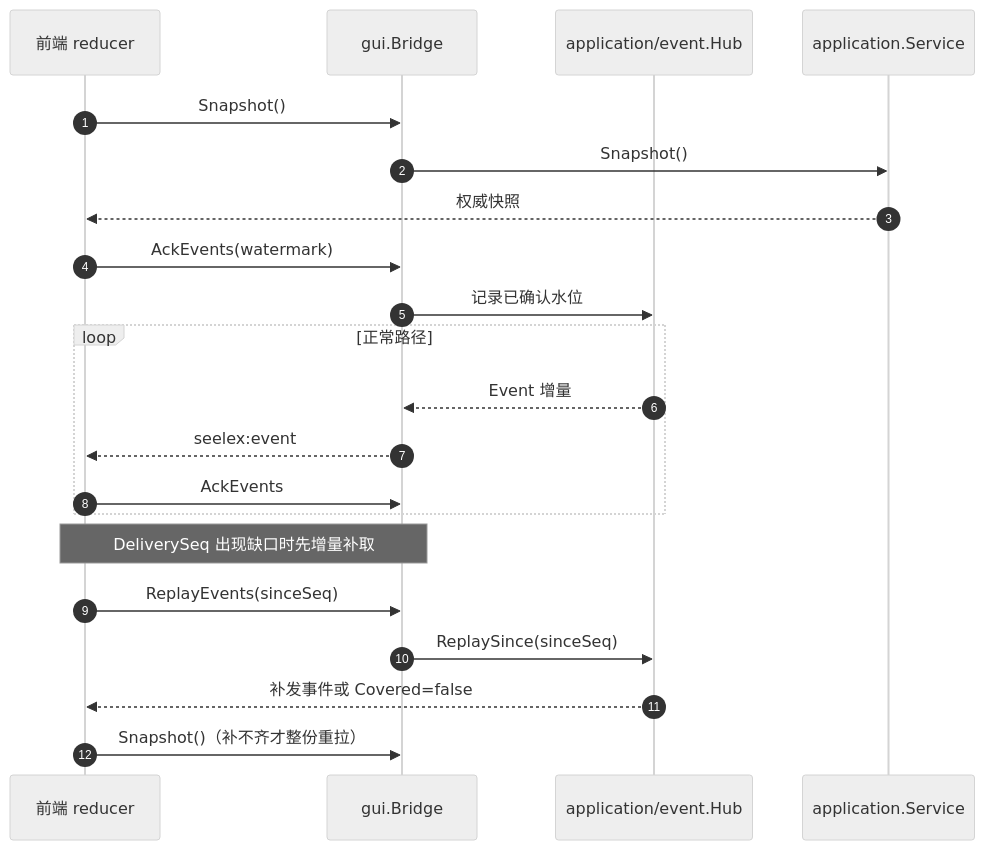
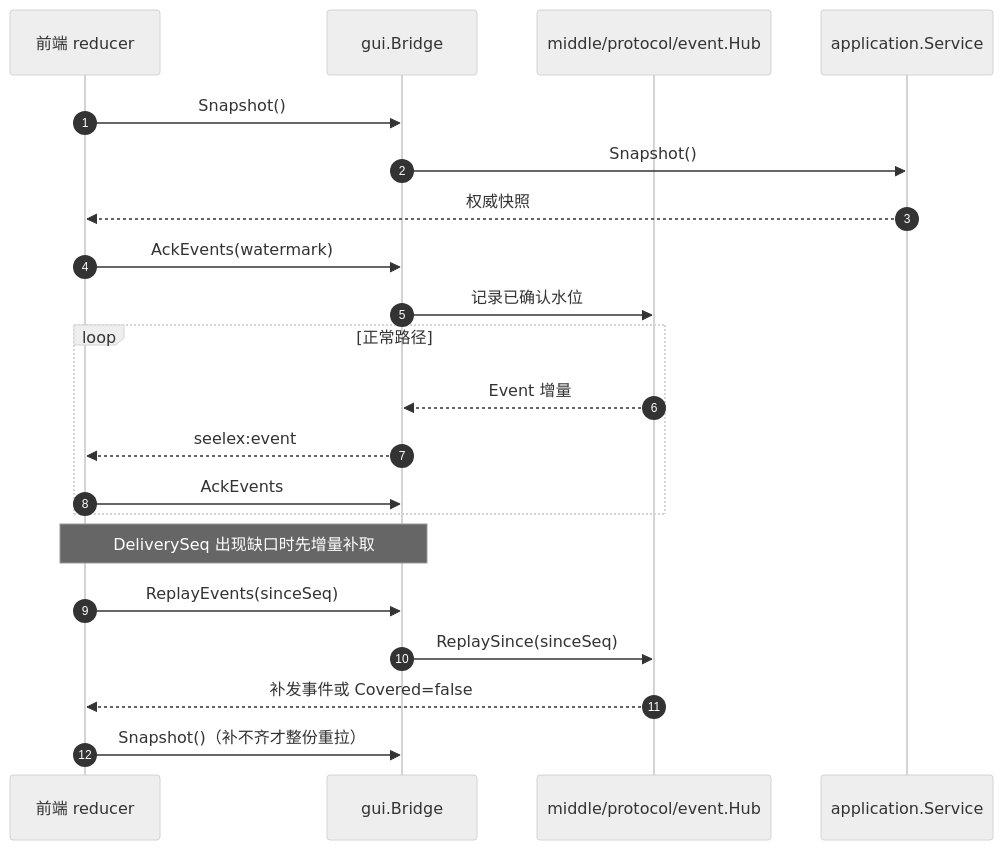
The second of 2 diagrams in gui/README.md (RedHuang-0622/seelex), drawn with Mermaid (neutral theme) before and after one commit. The commit also changed other lines of this file and 160 other files, not shown here.

First line of the commit message:
refactor(arch): M5-R3 model/event/state 归位 middle/protocol 与 kernel（plan §2.3）

````diff
--- a/gui/README.md
+++ b/gui/README.md
@@ -36,24 +36,24 @@
 ```mermaid
 sequenceDiagram
     autonumber
     participant FE as 前端 reducer
     participant BR as gui.Bridge
-    participant HUB as application/event.Hub
+    participant HUB as middle/protocol/event.Hub
     participant SVC as application.Service
 
     FE->>BR: Snapshot()
     BR->>SVC: Snapshot()
     SVC-->>FE: 权威快照
     FE->>BR: AckEvents(watermark)
     BR->>HUB: 记录已确认水位
     loop 正常路径
         HUB-->>BR: Event 增量
         BR-->>FE: seelex:event
         FE->>BR: AckEvents
     end
     note over FE,BR: DeliverySeq 出现缺口时先增量补取
     FE->>BR: ReplayEvents(sinceSeq)
     BR->>HUB: ReplaySince(sinceSeq)
     HUB-->>FE: 补发事件或 Covered=false
     FE->>BR: Snapshot()（补不齐才整份重拉）
 ```
````
